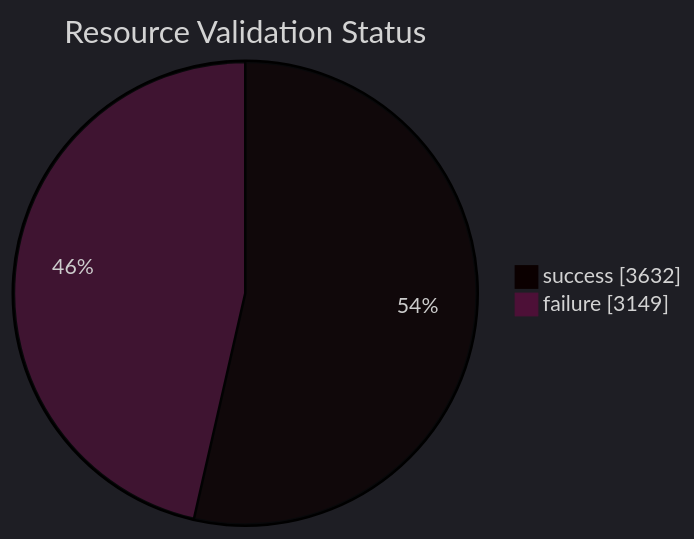
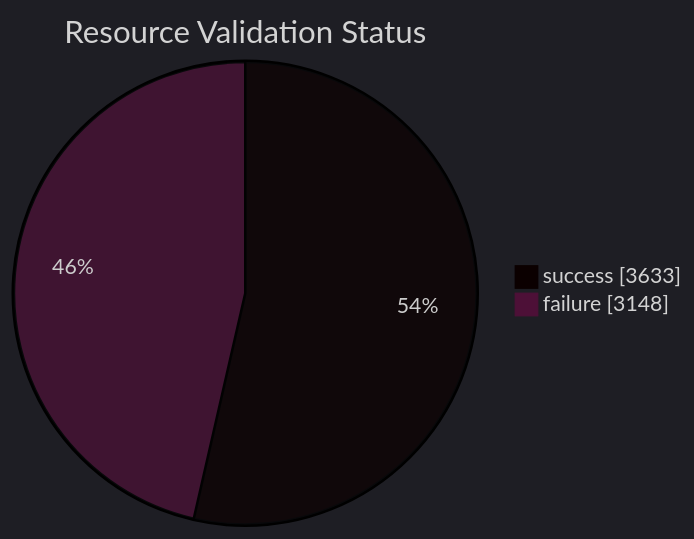
Before and after one commit to open-data/analytics-corporate-reporting: the diagram in datastore_tracker/resource_validation_status_pie_chart.md, drawn with Mermaid. The commit also changed 9 other files, not shown here.

````diff
--- a/datastore_tracker/resource_validation_status_pie_chart.md
+++ b/datastore_tracker/resource_validation_status_pie_chart.md
@@ -2,9 +2,9 @@
 ```mermaid
 ---
 config:
   theme: dark
 ---
 pie showData title Resource Validation Status
-    "success": 3632
-    "failure": 3149
+    "success": 3633
+    "failure": 3148
 ```
````
